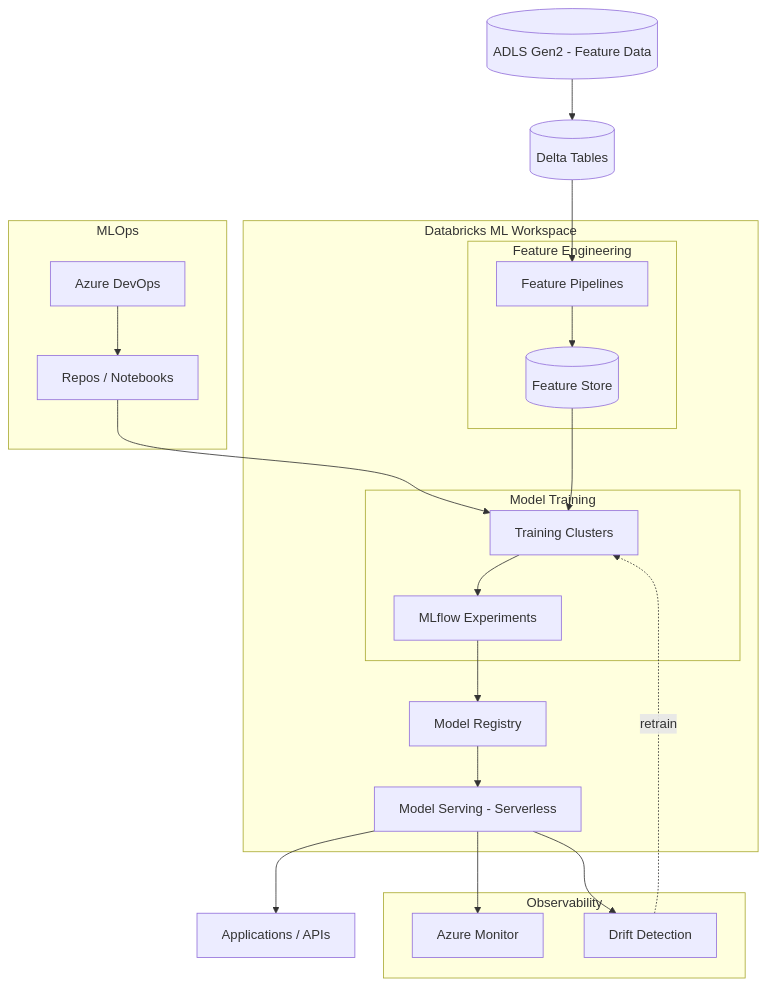
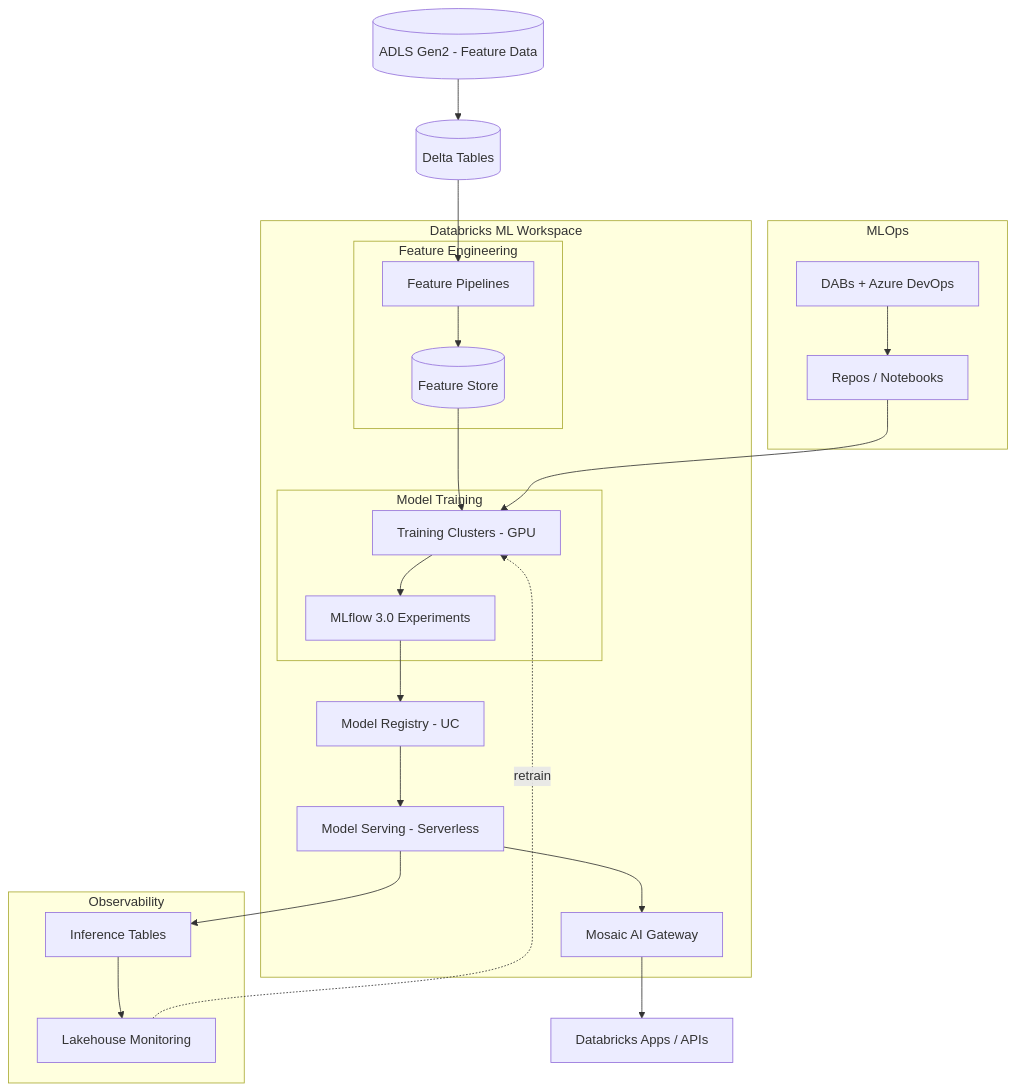
One commit to HaoZhang615/ads-copilot changed the third of 9 diagrams in .github/skills/databricks-ads-session/databricks-ads-session/references/databricks-patterns.md. Above: the diagram before and after it, drawn with Mermaid. The commit also changed other lines of this file and 23 other files, not shown here.

Commit message:
flow improvement and updates after extensive web search effort and reasoning

````diff
--- a/.github/skills/databricks-ads-session/databricks-ads-session/references/databricks-patterns.md
+++ b/.github/skills/databricks-ads-session/databricks-ads-session/references/databricks-patterns.md
@@ -158,38 +163,39 @@
 ```mermaid
 flowchart TB
   ADLS[(ADLS Gen2 - Feature Data)]
   DELTA[(Delta Tables)]
 
   subgraph DBX["Databricks ML Workspace"]
     subgraph FE["Feature Engineering"]
       FEAT_ENG[Feature Pipelines]
       FEAT_STORE[(Feature Store)]
     end
     subgraph MT["Model Training"]
-      TRAINING[Training Clusters]
-      MLFLOW[MLflow Experiments]
+      TRAINING[Training Clusters - GPU]
+      MLFLOW[MLflow 3.0 Experiments]
     end
-    REGISTRY[Model Registry]
+    REGISTRY[Model Registry - UC]
     SERVING[Model Serving - Serverless]
+    MOSAIC[Mosaic AI Gateway]
   end
 
   subgraph OBS["Observability"]
-    MONITOR[Azure Monitor]
-    DRIFT[Drift Detection]
+    MONITOR[Inference Tables]
+    DRIFT[Lakehouse Monitoring]
   end
 
   subgraph MLOPS["MLOps"]
-    CICD[Azure DevOps]
+    CICD[DABs + Azure DevOps]
     NOTEBOOKS[Repos / Notebooks]
   end
 
-  APPS[Applications / APIs]
+  APPS[Databricks Apps / APIs]
 
   ADLS --> DELTA --> FEAT_ENG --> FEAT_STORE
   FEAT_STORE --> TRAINING --> MLFLOW
-  MLFLOW --> REGISTRY --> SERVING --> APPS
+  MLFLOW --> REGISTRY --> SERVING --> MOSAIC --> APPS
   SERVING --> MONITOR
-  SERVING --> DRIFT
+  MONITOR --> DRIFT
   DRIFT -.->|retrain| TRAINING
   CICD --> NOTEBOOKS --> TRAINING
 ```
````
